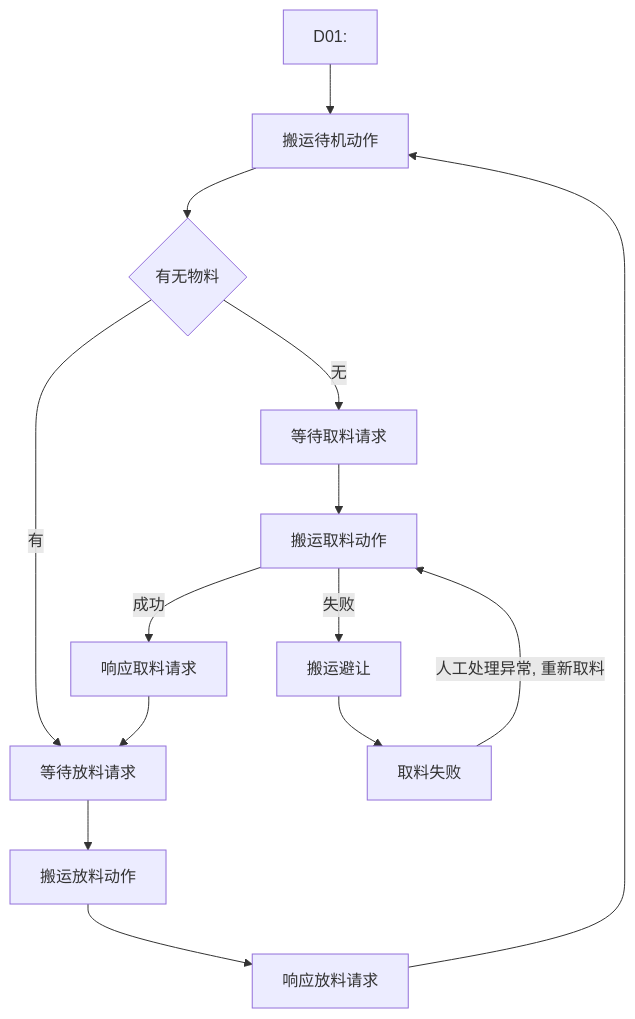
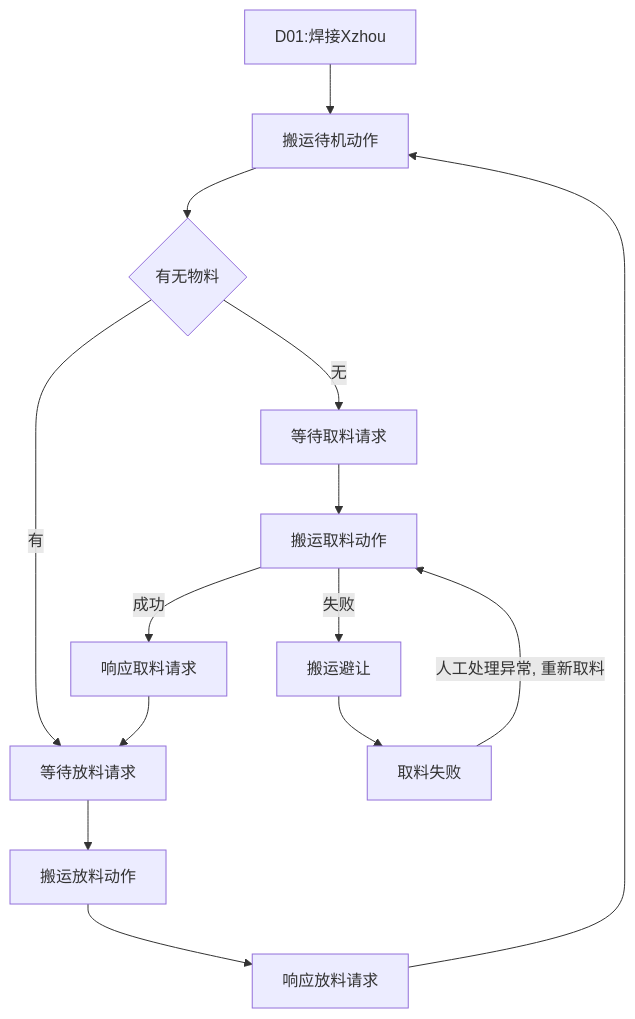
The diagram in all/OP10焊接工位自动流程.md (PengKun1/iodraw-files), drawn with Mermaid before and after one commit.

Commit message:
2024-08-06 16:52:23 update

````diff
--- a/all/OP10焊接工位自动流程.md
+++ b/all/OP10焊接工位自动流程.md
@@ -1,18 +1,18 @@
 ```mermaid
 graph TD
-0[D01:]-->10
+0[D01:焊接Xzhou]-->10
 10[搬运待机动作]-->20
 20{有无物料}-->|无|30
 20-->|有|60
 30[等待取料请求]-->40
 40[搬运取料动作]-->|成功|50
 40-->|失败|90
 50[响应取料请求]-->60
 60[等待放料请求]-->70
 70[搬运放料动作]-->80
 80[响应放料请求]-->10
 
 90[搬运避让]-->900
 
 900[取料失败]-->|人工处理异常, 重新取料|40
 ```
````
